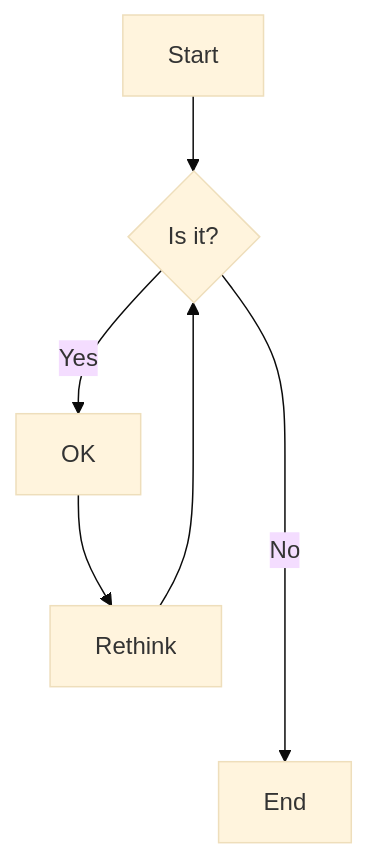
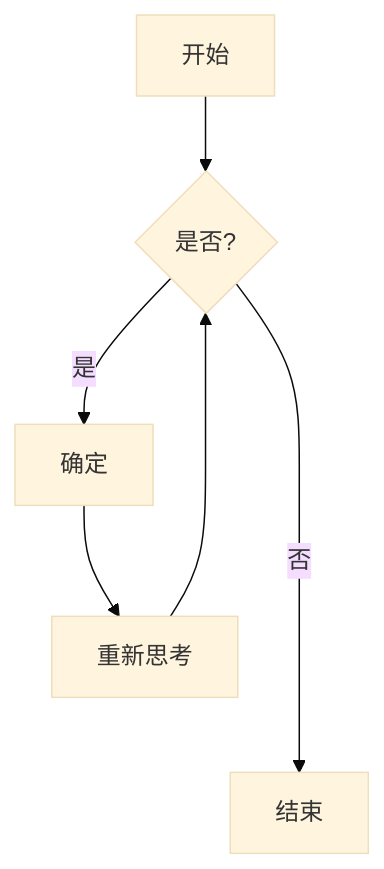
The first of 11 diagrams in src/content/posts/mermaid-diagrams.md (lx521603/ob), drawn with Mermaid (base theme) before and after one commit. The commit also changed other lines of this file, not shown here.

Commit message:
更新 mermaid-diagrams.md

````diff
--- a/src/content/posts/mermaid-diagrams.md
+++ b/src/content/posts/mermaid-diagrams.md
@@ -23,8 +27,8 @@
 ```mermaid
 graph TD
-    A[Start] --> B{Is it?}
-    B -->|Yes| C[OK]
-    C --> D[Rethink]
+    A[开始] --> B{是否?}
+    B -->|是| C[确定]
+    C --> D[重新思考]
     D --> B
-    B ---->|No| E[End]
+    B ---->|否| E[结束]
 ```
````
